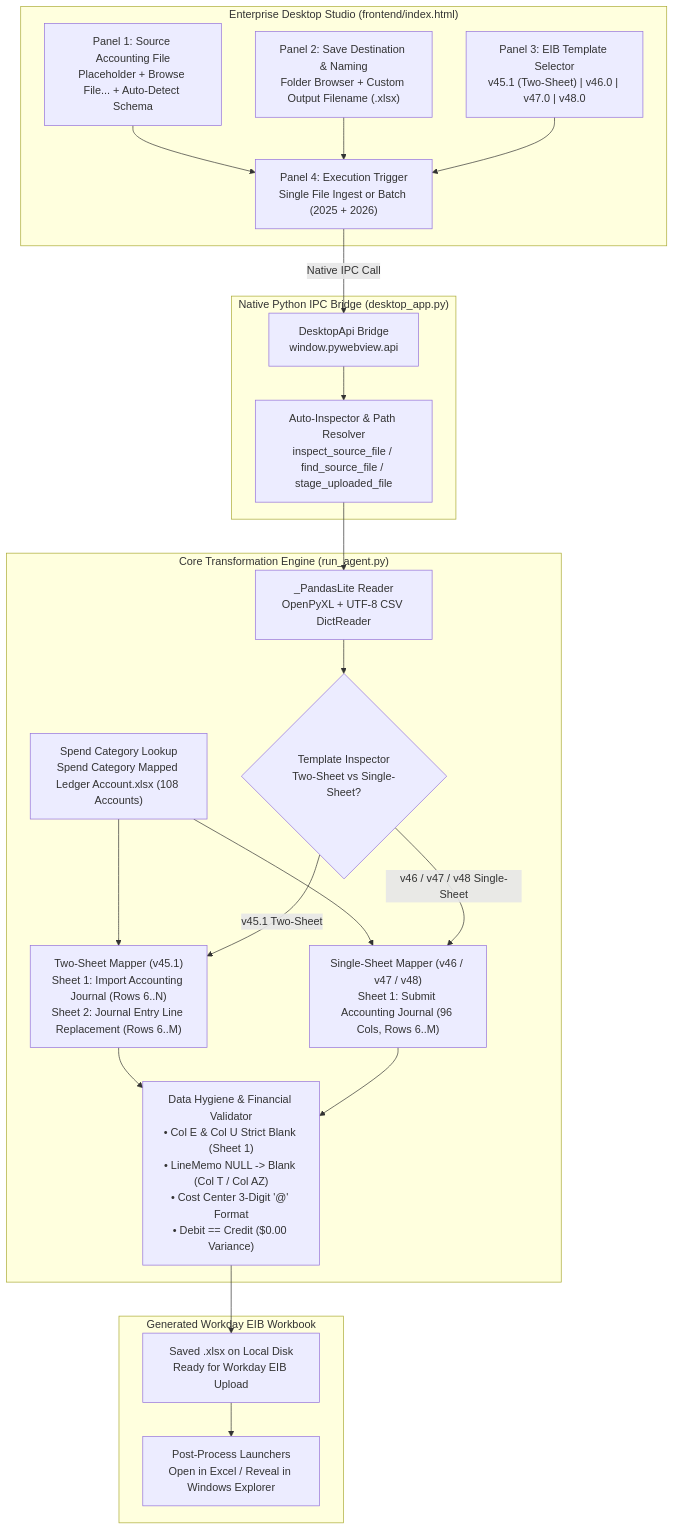
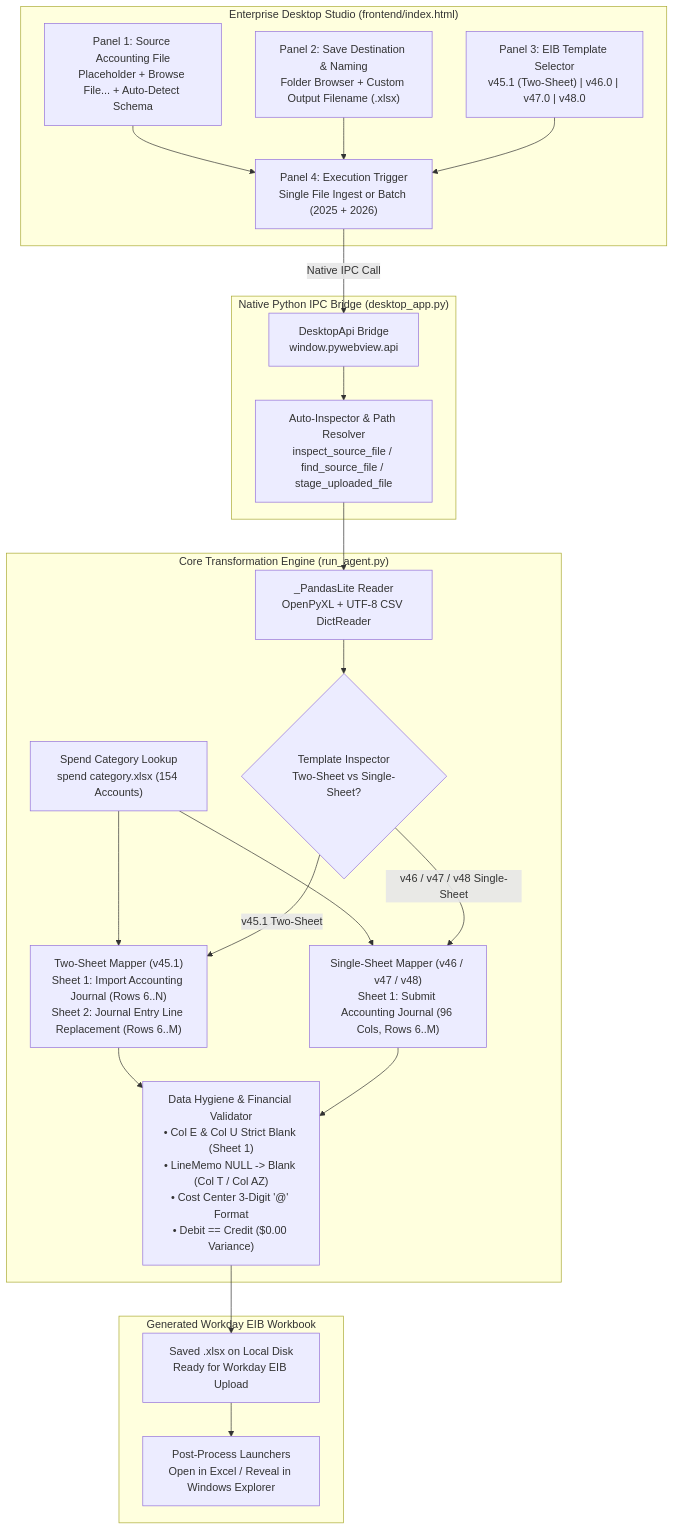
The first of 3 diagrams in README.md (Git229KEV/CSV-to-EIB-Agent), drawn with Mermaid before and after one commit. The commit also changed other lines of this file and 14 other files, not shown here.

Commit message:
feat: use spend category.xlsx (154 accounts) and remove underscore in Affliate Company

````diff
--- a/README.md
+++ b/README.md
@@ -55,44 +55,44 @@
 ```mermaid
 flowchart TD
     subgraph UI["Enterprise Desktop Studio (frontend/index.html)"]
         A["Panel 1: Source Accounting File<br/>Placeholder + Browse File... + Auto-Detect Schema"]
         B["Panel 2: Save Destination & Naming<br/>Folder Browser + Custom Output Filename (.xlsx)"]
         C["Panel 3: EIB Template Selector<br/>v45.1 (Two-Sheet) | v46.0 | v47.0 | v48.0"]
         D["Panel 4: Execution Trigger<br/>Single File Ingest or Batch (2025 + 2026)"]
     end
 
     subgraph IPC["Native Python IPC Bridge (desktop_app.py)"]
         E["DesktopApi Bridge<br/>window.pywebview.api"]
         F["Auto-Inspector & Path Resolver<br/>inspect_source_file / find_source_file / stage_uploaded_file"]
     end
 
     subgraph ENGINE["Core Transformation Engine (run_agent.py)"]
         G["_PandasLite Reader<br/>OpenPyXL + UTF-8 CSV DictReader"]
-        H["Spend Category Lookup<br/>Spend Category Mapped Ledger Account.xlsx (108 Accounts)"]
+        H["Spend Category Lookup<br/>spend category.xlsx (154 Accounts)"]
         I{"Template Inspector<br/>Two-Sheet vs Single-Sheet?"}
         J["Two-Sheet Mapper (v45.1)<br/>Sheet 1: Import Accounting Journal (Rows 6..N)<br/>Sheet 2: Journal Entry Line Replacement (Rows 6..M)"]
         K["Single-Sheet Mapper (v46 / v47 / v48)<br/>Sheet 1: Submit Accounting Journal (96 Cols, Rows 6..M)"]
         L["Data Hygiene & Financial Validator<br/>• Col E & Col U Strict Blank (Sheet 1)<br/>• LineMemo NULL -> Blank (Col T / Col AZ)<br/>• Cost Center 3-Digit '@' Format<br/>• Debit == Credit ($0.00 Variance)"]
     end
 
     subgraph OUTPUT["Generated Workday EIB Workbook"]
         M["Saved .xlsx on Local Disk<br/>Ready for Workday EIB Upload"]
         N["Post-Process Launchers<br/>Open in Excel / Reveal in Windows Explorer"]
     end
 
     A --> D
     B --> D
     C --> D
     D -->|"Native IPC Call"| E
     E --> F
     F --> G
     G --> I
     H --> J
     H --> K
     I -->|"v45.1 Two-Sheet"| J
     I -->|"v46 / v47 / v48 Single-Sheet"| K
     J --> L
     K --> L
     L --> M
     M --> N
 ```
````
